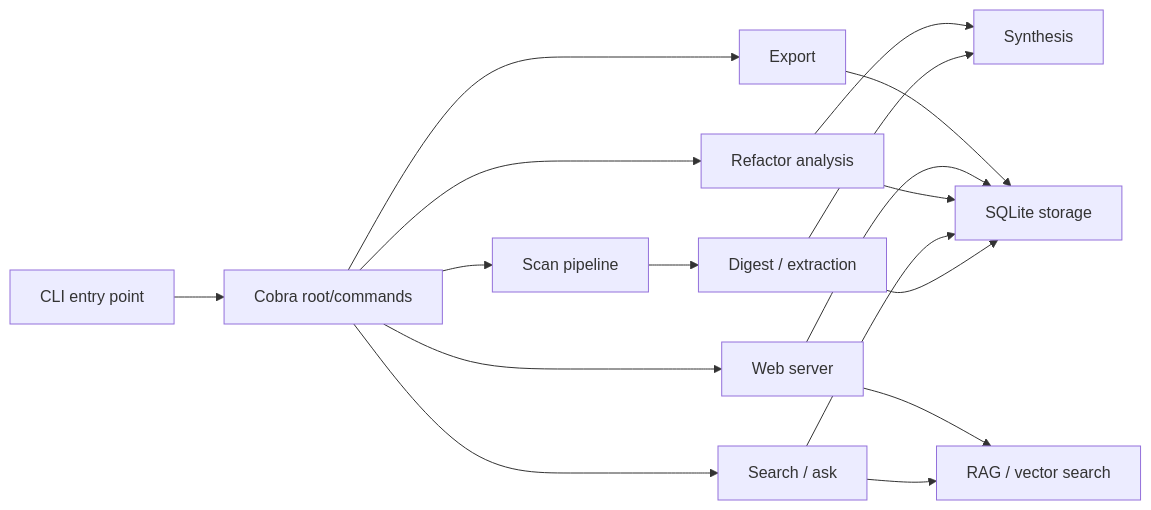
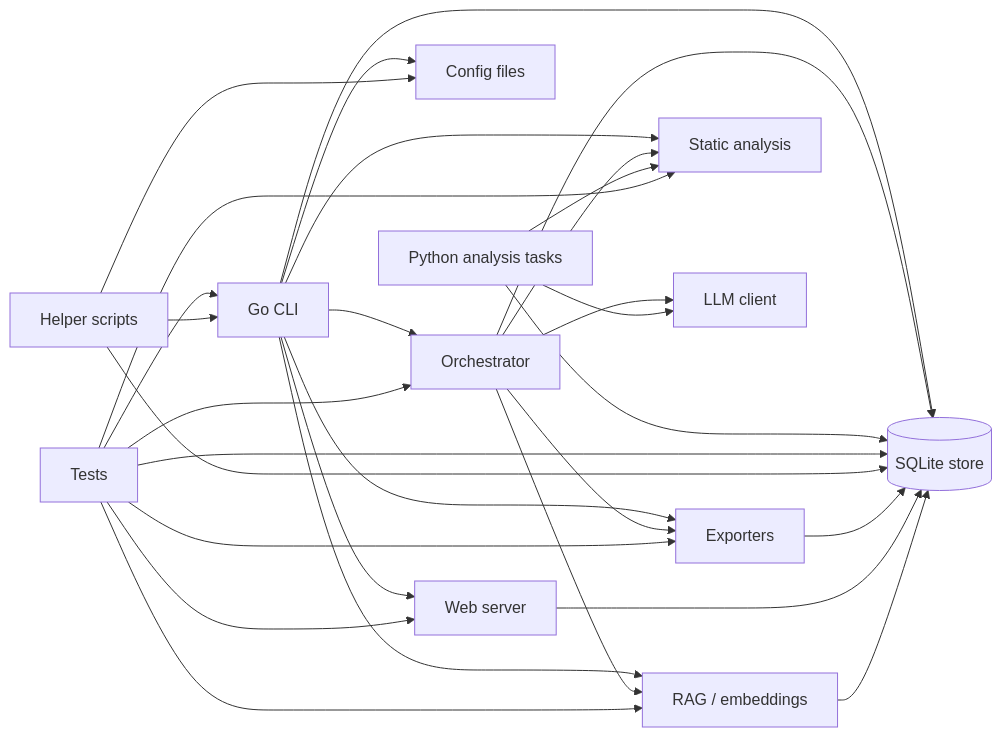
Before and after one commit to actions-marketplace-validations/unrealandychan_rekipedia: the first of 2 diagrams in .rekipedia/wiki/architecture-overview.md, drawn with Mermaid. The commit also changed other lines of this file and 39 other files, not shown here.

````diff
--- a/.rekipedia/wiki/architecture-overview.md
+++ b/.rekipedia/wiki/architecture-overview.md
@@ -28,30 +14,49 @@
 ```mermaid
 flowchart LR
-  CLI[CLI entry point]
-  ROOT[Cobra root/commands]
-  SCAN[Scan pipeline]
-  DIGEST[Digest / extraction]
-  SEARCH[Search / ask]
-  REFACTOR[Refactor analysis]
-  SYNTHESIS[Synthesis]
-  STORAGE[SQLite storage]
-  RAG[RAG / vector search]
-  SERVER[Web server]
-  EXPORT[Export]
-  CLI --> ROOT
-  ROOT --> SCAN
-  ROOT --> SEARCH
-  ROOT --> REFACTOR
-  ROOT --> EXPORT
-  ROOT --> SERVER
-  SCAN --> DIGEST
-  DIGEST --> STORAGE
-  DIGEST --> SYNTHESIS
-  SEARCH --> RAG
-  SEARCH --> STORAGE
-  REFACTOR --> STORAGE
-  REFACTOR --> SYNTHESIS
-  SERVER --> STORAGE
-  SERVER --> RAG
-  EXPORT --> STORAGE
+  GoCLI[Go CLI]
+  PyAnalysis[Python analysis tasks]
+  Tests[Tests]
+  Scripts[Helper scripts]
+  Config[Config files]
+  Store[(SQLite store)]
+  Export[Exporters]
+  Server[Web server]
+  RAG[RAG / embeddings]
+  Orchestrator[Orchestrator]
+  Analysis[Static analysis]
+  LLM[LLM client]
+
+  GoCLI --> Orchestrator
+  GoCLI --> Analysis
+  GoCLI --> Store
+  GoCLI --> Export
+  GoCLI --> Server
+  GoCLI --> RAG
+  GoCLI --> Config
+
+  Orchestrator --> Analysis
+  Orchestrator --> LLM
+  Orchestrator --> Store
+  Orchestrator --> Export
+  Orchestrator --> RAG
+
+  PyAnalysis --> Store
+  PyAnalysis --> Analysis
+  PyAnalysis --> LLM
+
+  Tests --> GoCLI
+  Tests --> Orchestrator
+  Tests --> Analysis
+  Tests --> Store
+  Tests --> Export
+  Tests --> Server
+  Tests --> RAG
+
+  Scripts --> GoCLI
+  Scripts --> Config
+  Scripts --> Store
+
+  Export --> Store
+  Server --> Store
+  RAG --> Store
 ```
````
